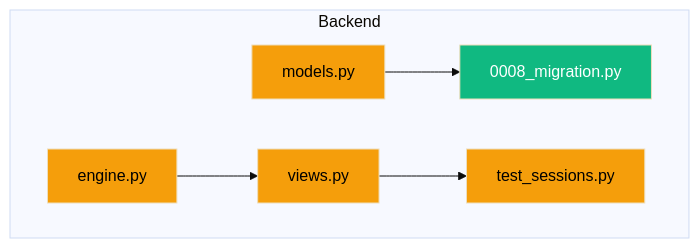
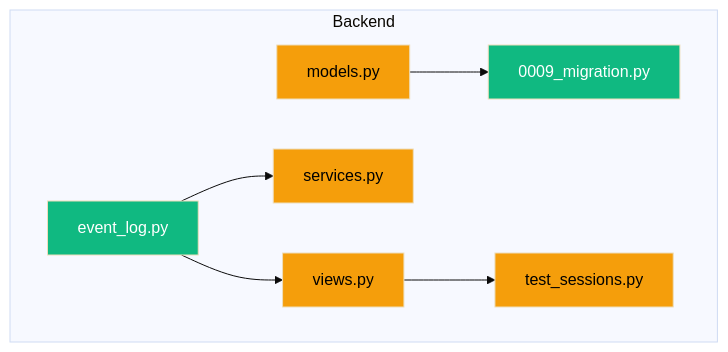
One commit to hongikarchi/archi-tinder changed the fourth of 4 diagrams in .claude/Report.md. Above: the diagram before and after it, drawn with Mermaid (base theme). The commit also changed other lines of this file and 2 other files, not shown here.

````diff
--- a/.claude/Report.md
+++ b/.claude/Report.md
@@ -183,16 +186,18 @@
 ```mermaid
 graph TD
     subgraph Backend
-        engine.py:::modified
+        event_log.py:::new
         models.py:::modified
         views.py:::modified
+        services.py:::modified
         test_sessions.py:::modified
-        0008_migration.py:::new
+        0009_migration.py:::new
     end
-    engine.py --> views.py
-    models.py --> 0008_migration.py
+    event_log.py --> views.py
+    event_log.py --> services.py
+    models.py --> 0009_migration.py
     views.py --> test_sessions.py
 
     classDef new fill:#10b981,color:#fff
     classDef modified fill:#f59e0b,color:#000
 ```
````
